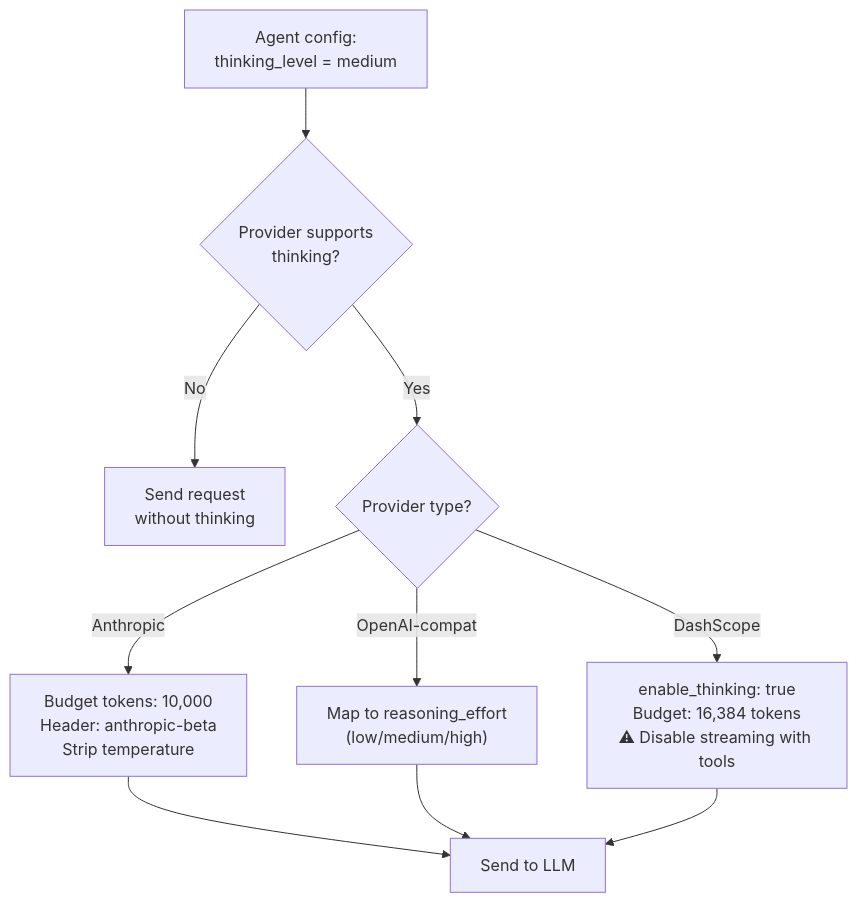
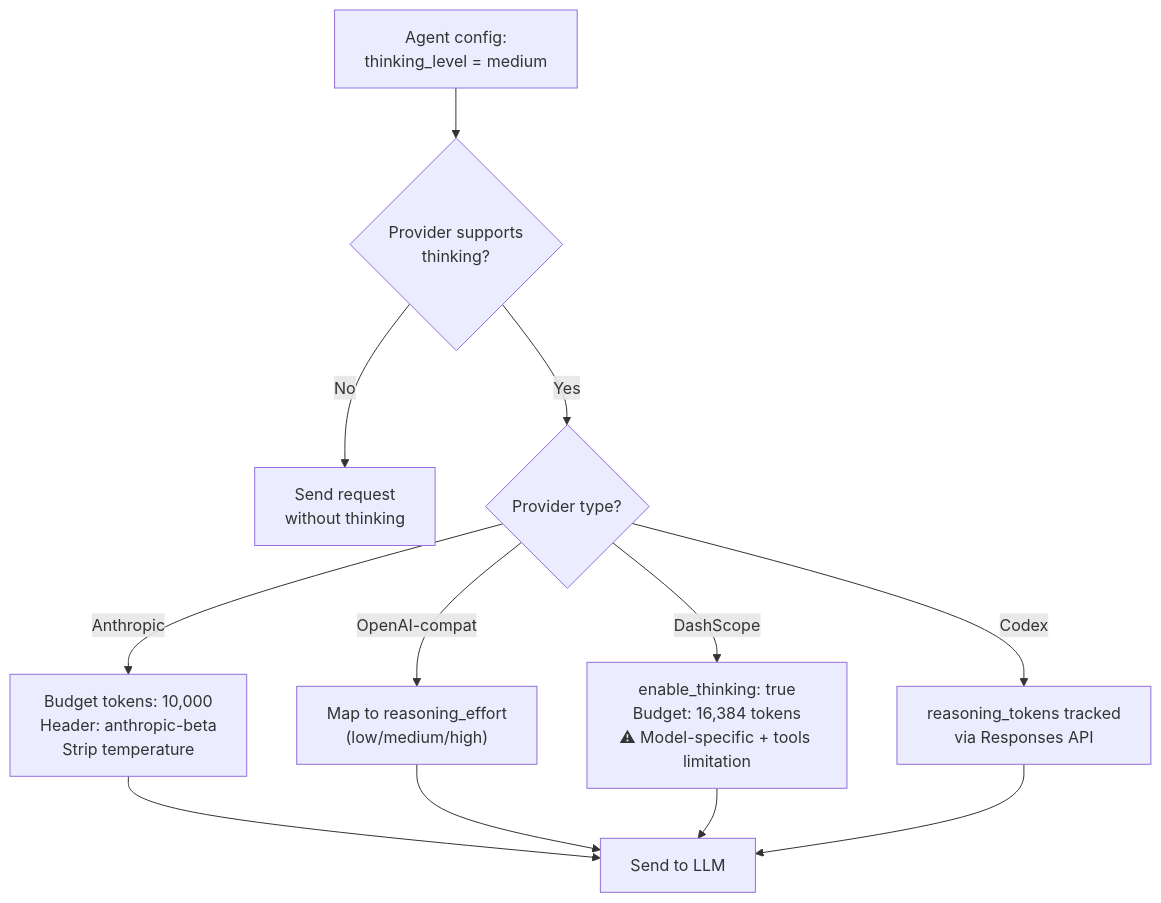
One commit to qkhalk/goclaw changed the first of 3 diagrams in docs/12-extended-thinking.md. Above: the diagram before and after it, drawn with Mermaid. The commit also changed other lines of this file and 22 other files, not shown here.

````diff
--- a/docs/12-extended-thinking.md
+++ b/docs/12-extended-thinking.md
@@ -30,14 +30,16 @@
 ```mermaid
 flowchart TD
     CONFIG["Agent config:<br/>thinking_level = medium"] --> CHECK{"Provider supports<br/>thinking?"}
     CHECK -->|No| SKIP["Send request<br/>without thinking"]
     CHECK -->|Yes| MAP{"Provider type?"}
 
     MAP -->|Anthropic| ANTH["Budget tokens: 10,000<br/>Header: anthropic-beta<br/>Strip temperature"]
     MAP -->|OpenAI-compat| OAI["Map to reasoning_effort<br/>(low/medium/high)"]
-    MAP -->|DashScope| DASH["enable_thinking: true<br/>Budget: 16,384 tokens<br/>⚠ Disable streaming with tools"]
+    MAP -->|DashScope| DASH["enable_thinking: true<br/>Budget: 16,384 tokens<br/>⚠ Model-specific + tools limitation"]
+    MAP -->|Codex| CODEX["reasoning_tokens tracked<br/>via Responses API"]
 
     ANTH --> SEND["Send to LLM"]
     OAI --> SEND
     DASH --> SEND
+    CODEX --> SEND
 ```
````
